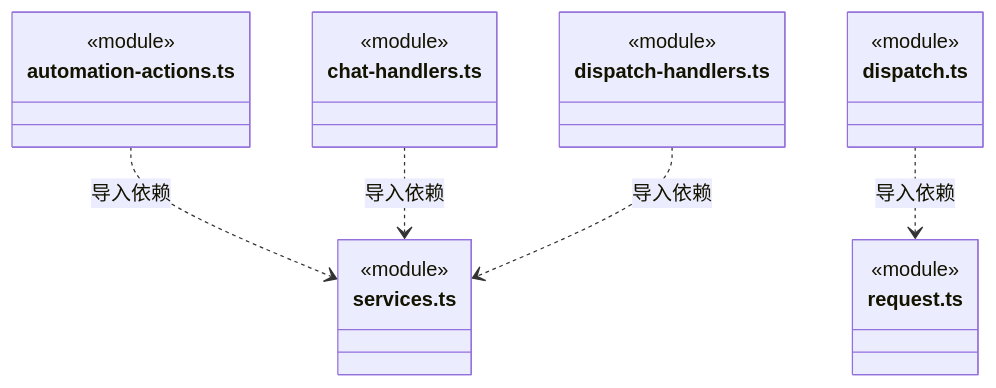
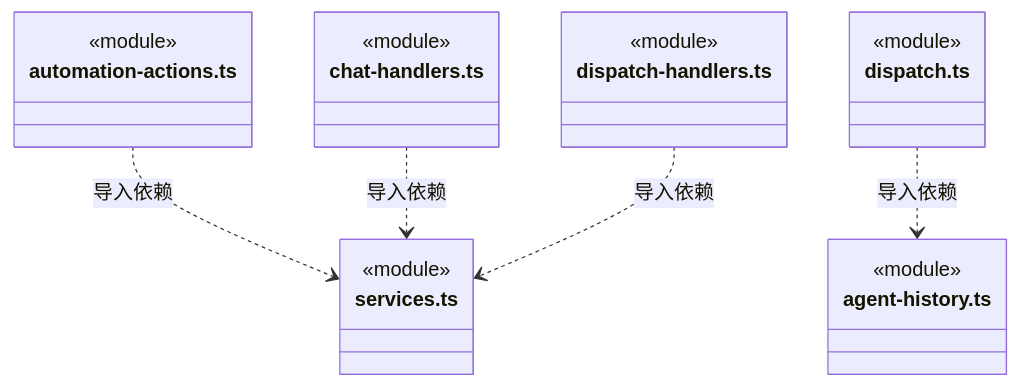
Before and after one commit to nan023062/cbim: diagram 17 of 22 in src/bridge/server/ipc/ARCHITECTURE.md, drawn with Mermaid. The commit also changed other lines of this file and 112 other files, not shown here.

Commit message:
docs: align source architecture with current declarations and contracts

````diff
--- a/src/bridge/server/ipc/ARCHITECTURE.md
+++ b/src/bridge/server/ipc/ARCHITECTURE.md
@@ -520,25 +520,25 @@
 ```mermaid
 classDiagram
 class N_src_bridge_server_ipc_automation_actions_ts["automation-actions.ts"] {
   <<module>>
 }
 class N_src_bridge_server_ipc_services_ts["services.ts"] {
   <<module>>
 }
 class N_src_bridge_server_ipc_chat_handlers_ts["chat-handlers.ts"] {
   <<module>>
 }
 class N_src_bridge_server_ipc_dispatch_handlers_ts["dispatch-handlers.ts"] {
   <<module>>
 }
 class N_src_bridge_server_ipc_dispatch_ts["dispatch.ts"] {
   <<module>>
 }
-class N_src_bridge_server_ipc_request_ts["request.ts"] {
+class N_src_bridge_server_ipc_agent_history_ts["agent-history.ts"] {
   <<module>>
 }
 N_src_bridge_server_ipc_automation_actions_ts ..> N_src_bridge_server_ipc_services_ts : 导入依赖
 N_src_bridge_server_ipc_chat_handlers_ts ..> N_src_bridge_server_ipc_services_ts : 导入依赖
 N_src_bridge_server_ipc_dispatch_handlers_ts ..> N_src_bridge_server_ipc_services_ts : 导入依赖
-N_src_bridge_server_ipc_dispatch_ts ..> N_src_bridge_server_ipc_request_ts : 导入依赖
+N_src_bridge_server_ipc_dispatch_ts ..> N_src_bridge_server_ipc_agent_history_ts : 导入依赖
 ```
````
